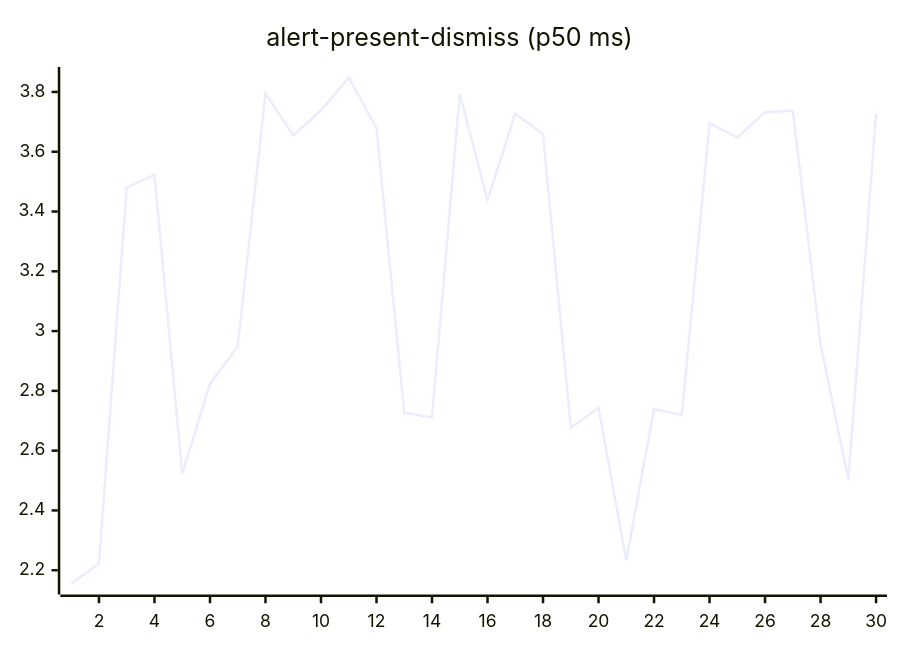
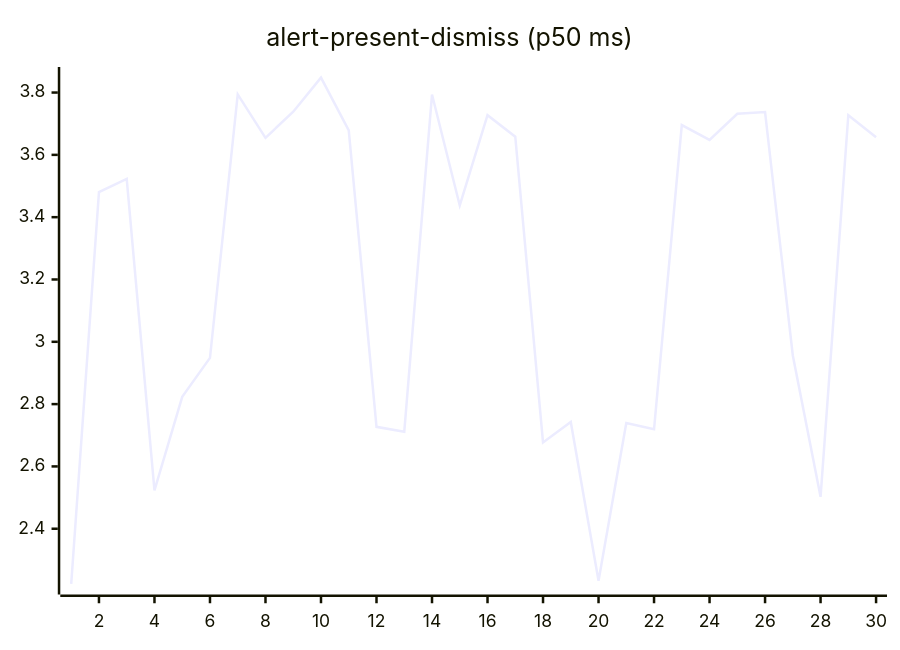
One commit to josha/Facet changed the second of 27 diagrams in README.md. Above: the diagram before and after it, drawn with Mermaid. The commit also changed other lines of this file and 2 other files, not shown here.

````diff
--- a/README.md
+++ b/README.md
@@ -70,6 +70,6 @@
 ```mermaid
 xychart-beta
     title "alert-present-dismiss (p50 ms)"
     x-axis 1 --> 30
-    line [2.1543, 2.2230, 3.4803, 3.5227, 2.5229, 2.8233, 2.9484, 3.7942, 3.6546, 3.7386, 3.8479, 3.6788, 2.7270, 2.7111, 3.7936, 3.4376, 3.7274, 3.6582, 2.6769, 2.7425, 2.2328, 2.7393, 2.7195, 3.6955, 3.6480, 3.7318, 3.7373, 2.9562, 2.5024, 3.7273]
+    line [2.2230, 3.4803, 3.5227, 2.5229, 2.8233, 2.9484, 3.7942, 3.6546, 3.7386, 3.8479, 3.6788, 2.7270, 2.7111, 3.7936, 3.4376, 3.7274, 3.6582, 2.6769, 2.7425, 2.2328, 2.7393, 2.7195, 3.6955, 3.6480, 3.7318, 3.7373, 2.9562, 2.5024, 3.7273, 3.6562]
 ```
````
